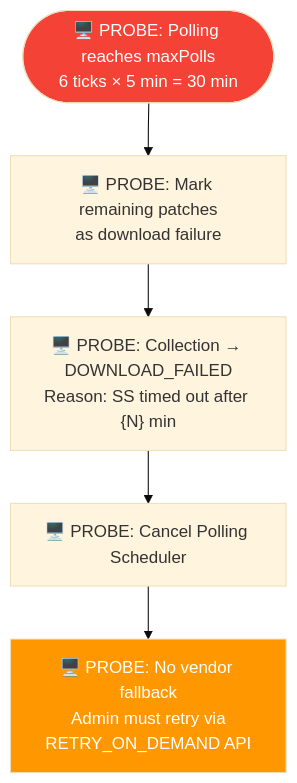
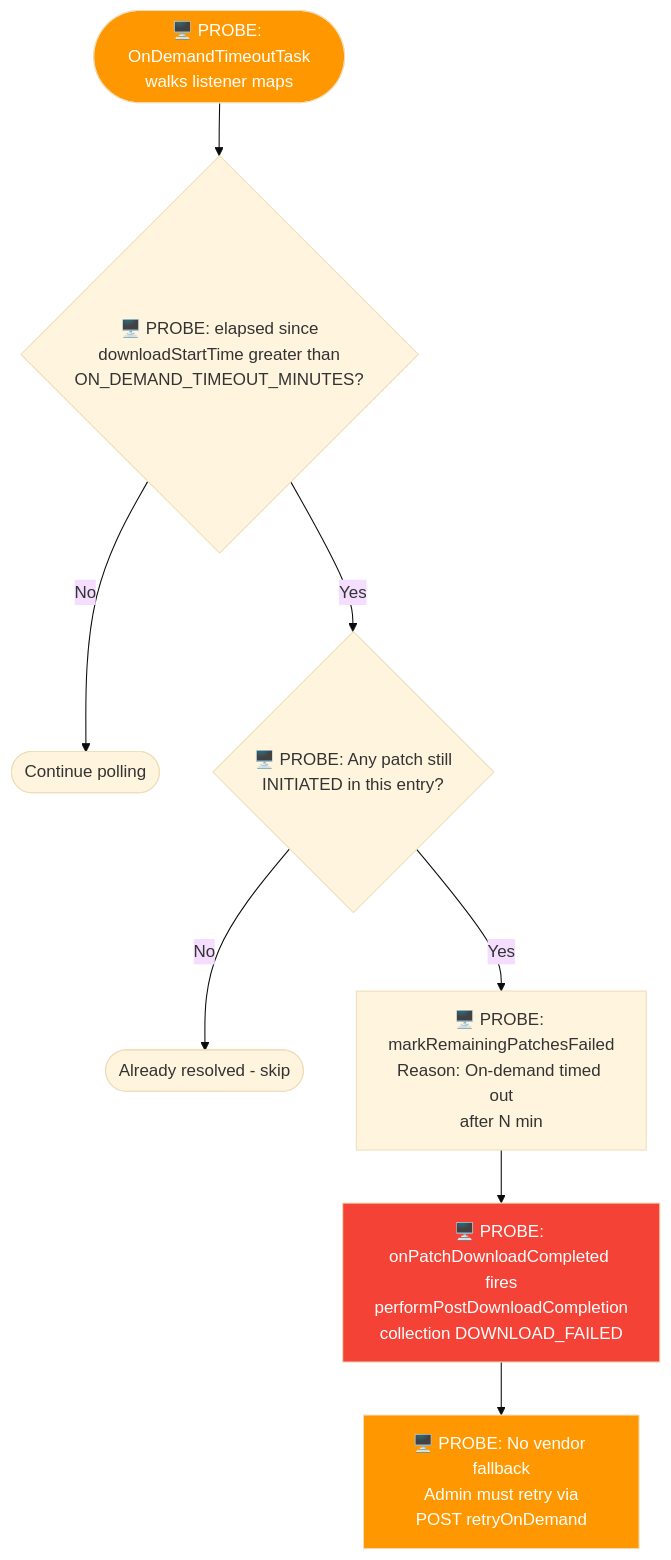
The ninth of 31 diagrams in use-case-diagrams.md (ranjithkumar-a-23525/RebaseEx), drawn with Mermaid (base theme) before and after one commit. The commit also changed other lines of this file, not shown here.

````diff
--- a/use-case-diagrams.md
+++ b/use-case-diagrams.md
@@ -178,10 +200,14 @@
 ```mermaid
 flowchart TD
-    A(["🖥️ PROBE: Polling reaches maxPolls<br/>6 ticks × 5 min = 30 min"]) --> B["🖥️ PROBE: Mark remaining patches<br/>as download failure"]
-    B --> C["🖥️ PROBE: Collection → DOWNLOAD_FAILED<br/>Reason: SS timed out after {N} min"]
-    C --> D["🖥️ PROBE: Cancel Polling Scheduler"]
-    D --> E["🖥️ PROBE: No vendor fallback<br/>Admin must retry via<br/>RETRY_ON_DEMAND API"]
+    A(["🖥️ PROBE: OnDemandTimeoutTask<br/>walks listener maps"]) --> B{"🖥️ PROBE: elapsed since<br/>downloadStartTime greater than<br/>ON_DEMAND_TIMEOUT_MINUTES?"}
+    B -->|No| C(["Continue polling"])
+    B -->|Yes| D{"🖥️ PROBE: Any patch still<br/>INITIATED in this entry?"}
+    D -->|No| E(["Already resolved - skip"])
+    D -->|Yes| F["🖥️ PROBE: markRemainingPatchesFailed<br/>Reason: On-demand timed out<br/>after N min"]
+    F --> G["🖥️ PROBE: onPatchDownloadCompleted fires<br/>performPostDownloadCompletion<br/>collection DOWNLOAD_FAILED"]
+    G --> H["🖥️ PROBE: No vendor fallback<br/>Admin must retry via<br/>POST retryOnDemand"]
 
-    style A fill:#f44336,color:#fff
-    style E fill:#FF9800,color:#fff
+    style A fill:#FF9800,color:#fff
+    style G fill:#f44336,color:#fff
+    style H fill:#FF9800,color:#fff
 ```
````
